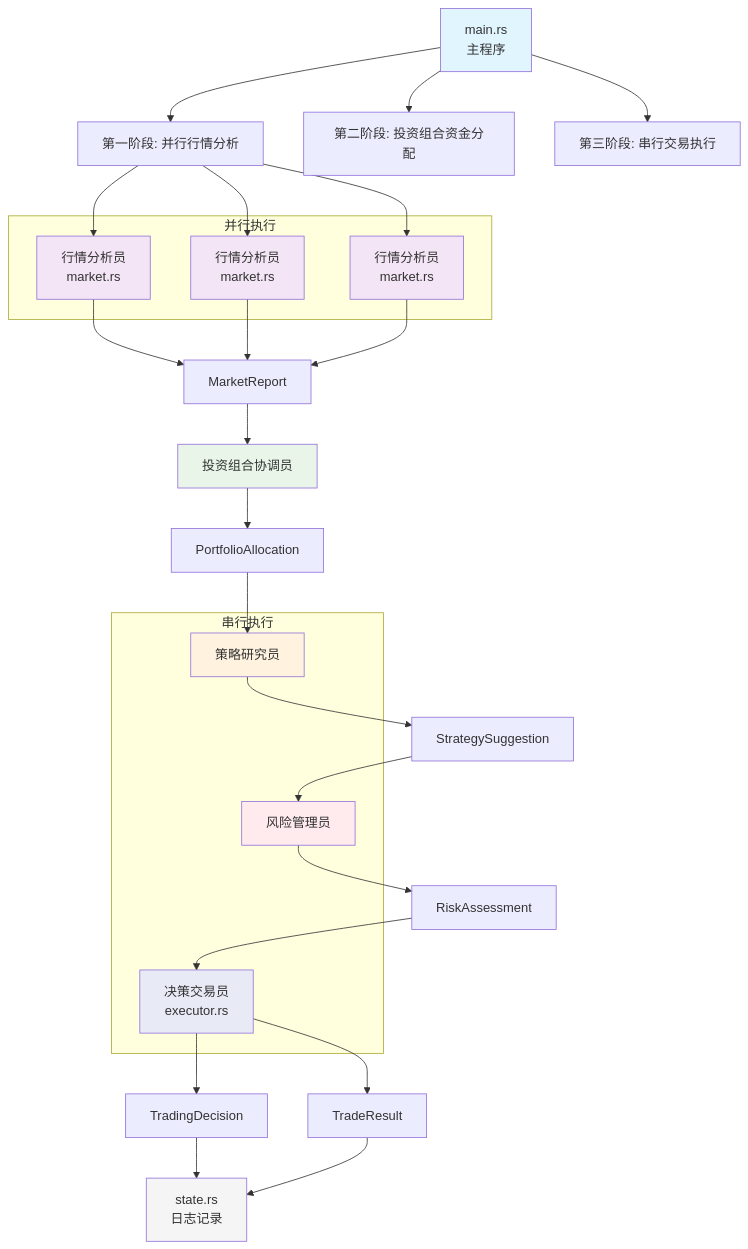
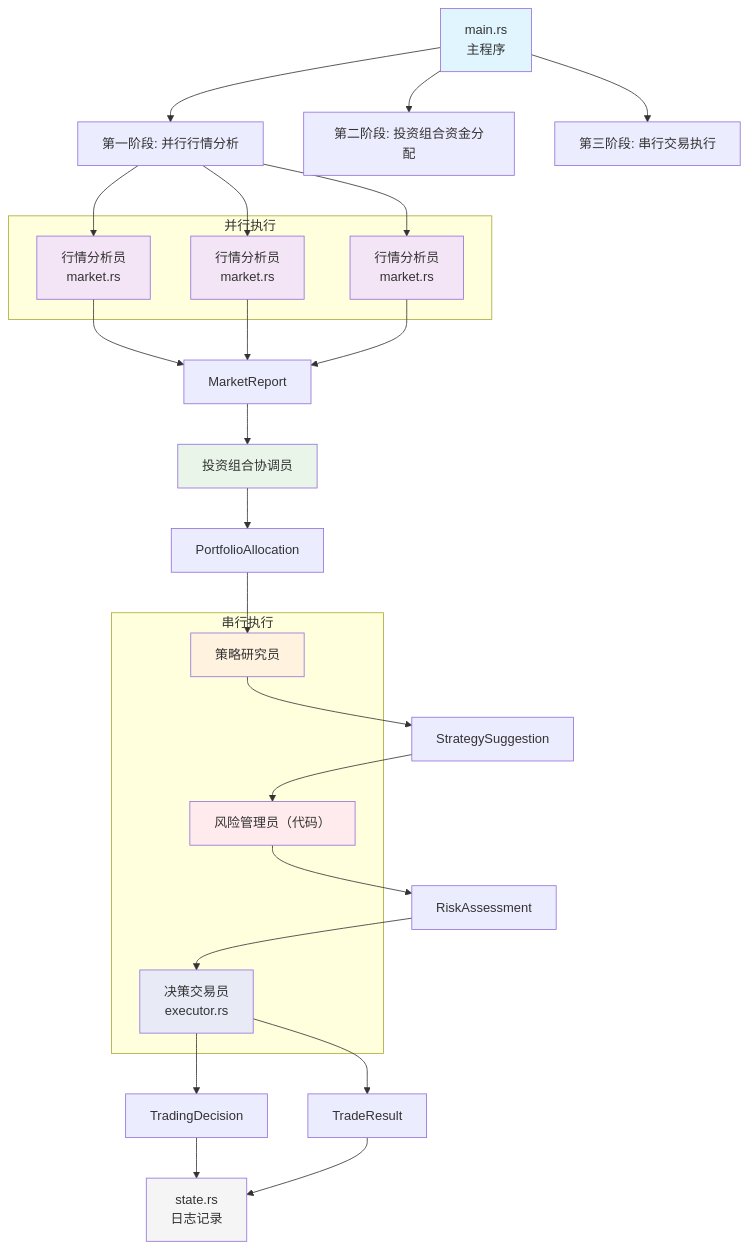
One commit to Ye-Yu-Mo/trade changed the diagram in README_ZH.md. Above: the diagram before and after it, drawn with Mermaid. The commit also changed other lines of this file and 7 other files, not shown here.

````diff
--- a/README_ZH.md
+++ b/README_ZH.md
@@ -28,52 +30,52 @@
 ```mermaid
 flowchart TD
     A[main.rs<br/>主程序] --> B[第一阶段: 并行行情分析]
     A --> C[第二阶段: 投资组合资金分配]
     A --> D[第三阶段: 串行交易执行]
     
     B --> B1[行情分析员<br/>market.rs]
     B --> B2[行情分析员<br/>market.rs]
     B --> B3[行情分析员<br/>market.rs]
     
     B1 --> E[MarketReport]
     B2 --> E
     B3 --> E
     
     E --> F[投资组合协调员]
     F --> G[PortfolioAllocation]
     
     G --> H[策略研究员]
     H --> I[StrategySuggestion]
     
-    I --> J[风险管理员]
+    I --> J[风险管理员（代码）]
     J --> K[RiskAssessment]
     
     K --> L[决策交易员<br/>executor.rs]
     L --> M[TradingDecision]
     L --> N[TradeResult]
     
     M --> O[state.rs<br/>日志记录]
     N --> O
     
     subgraph "并行执行"
         B1
         B2
         B3
     end
     
     subgraph "串行执行"
         H
         J
         L
     end
     
     style A fill:#e1f5fe
     style B1 fill:#f3e5f5
     style B2 fill:#f3e5f5
     style B3 fill:#f3e5f5
     style F fill:#e8f5e8
     style H fill:#fff3e0
     style J fill:#ffebee
     style L fill:#e8eaf6
     style O fill:#f5f5f5
 ```
````
